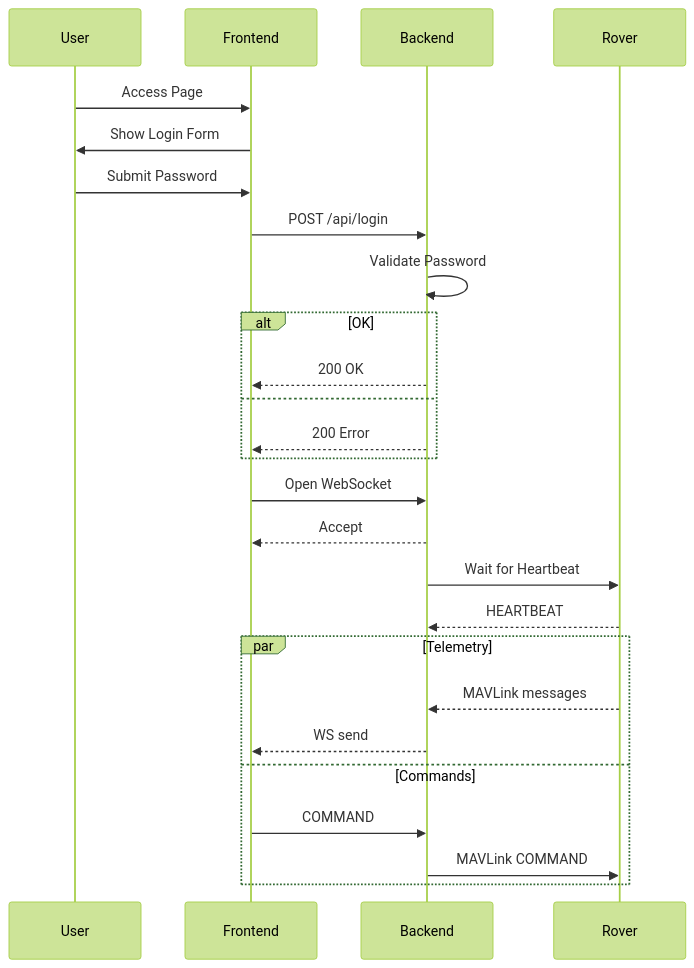
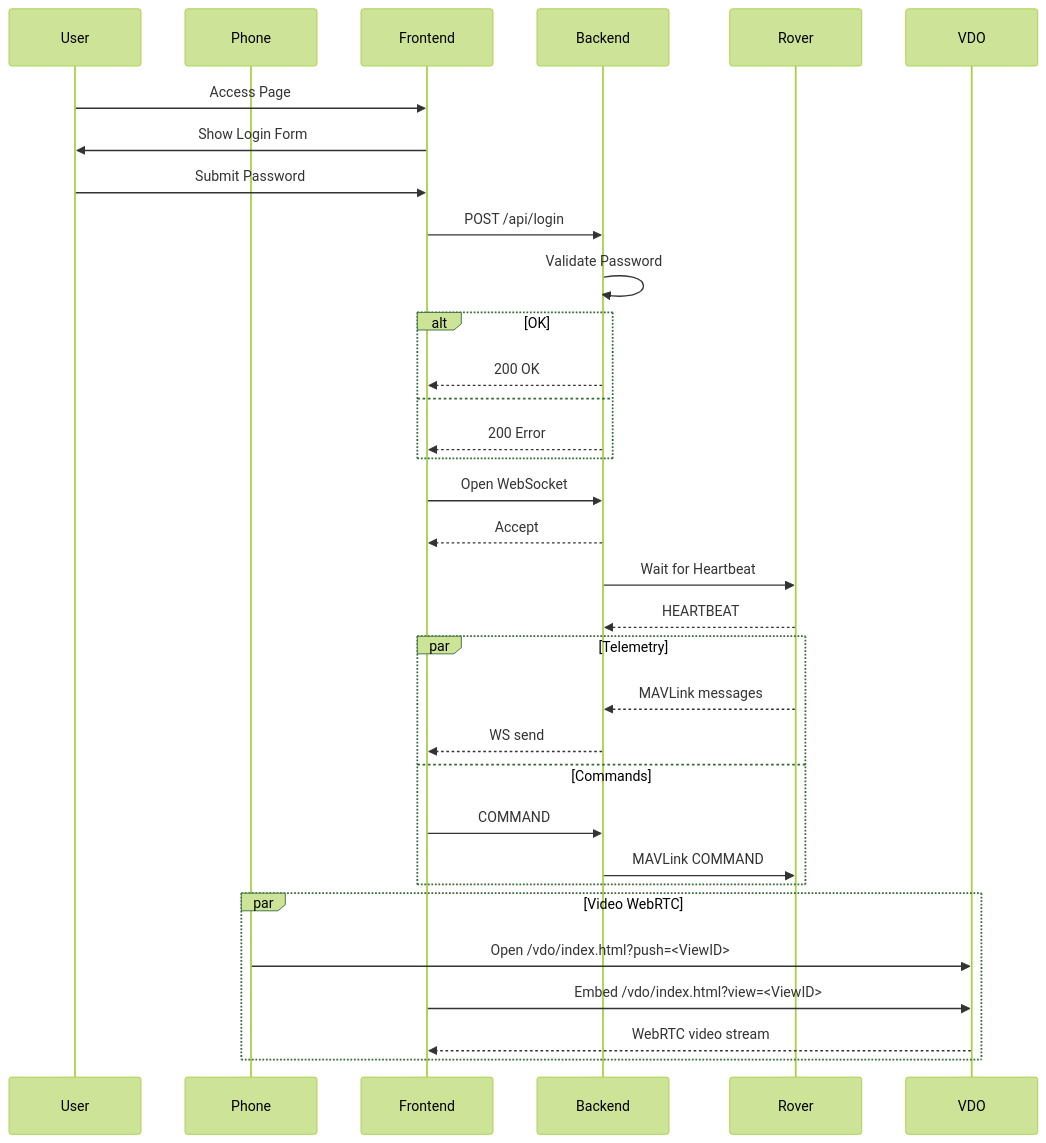
The second of 5 diagrams in docs/architecture.md (zorosdrone/rover-gcs), drawn with Mermaid (forest theme) before and after one commit. The commit also changed other lines of this file and 1 other file, not shown here.

````diff
--- a/docs/architecture.md
+++ b/docs/architecture.md
@@ -71,32 +82,40 @@
 ```mermaid
 sequenceDiagram
     participant User
+    participant Phone
     participant Frontend
     participant Backend
     participant Rover
+    participant VDO
 
     User->>Frontend: Access Page
     Frontend->>User: Show Login Form
     User->>Frontend: Submit Password
     Frontend->>Backend: POST /api/login
     Backend->>Backend: Validate Password
     alt OK
         Backend-->>Frontend: 200 OK
     else
         Backend-->>Frontend: 200 Error
     end
 
     Frontend->>Backend: Open WebSocket
     Backend-->>Frontend: Accept
 
     Backend->>Rover: Wait for Heartbeat
     Rover-->>Backend: HEARTBEAT
 
     par Telemetry
         Rover-->>Backend: MAVLink messages
         Backend-->>Frontend: WS send
     and Commands
         Frontend->>Backend: COMMAND
         Backend->>Rover: MAVLink COMMAND
     end
+
+    par Video WebRTC
+        Phone->>VDO: Open /vdo/index.html?push=<ViewID>
+        Frontend->>VDO: Embed /vdo/index.html?view=<ViewID>
+        VDO-->>Frontend: WebRTC video stream
+    end
 ```
````
